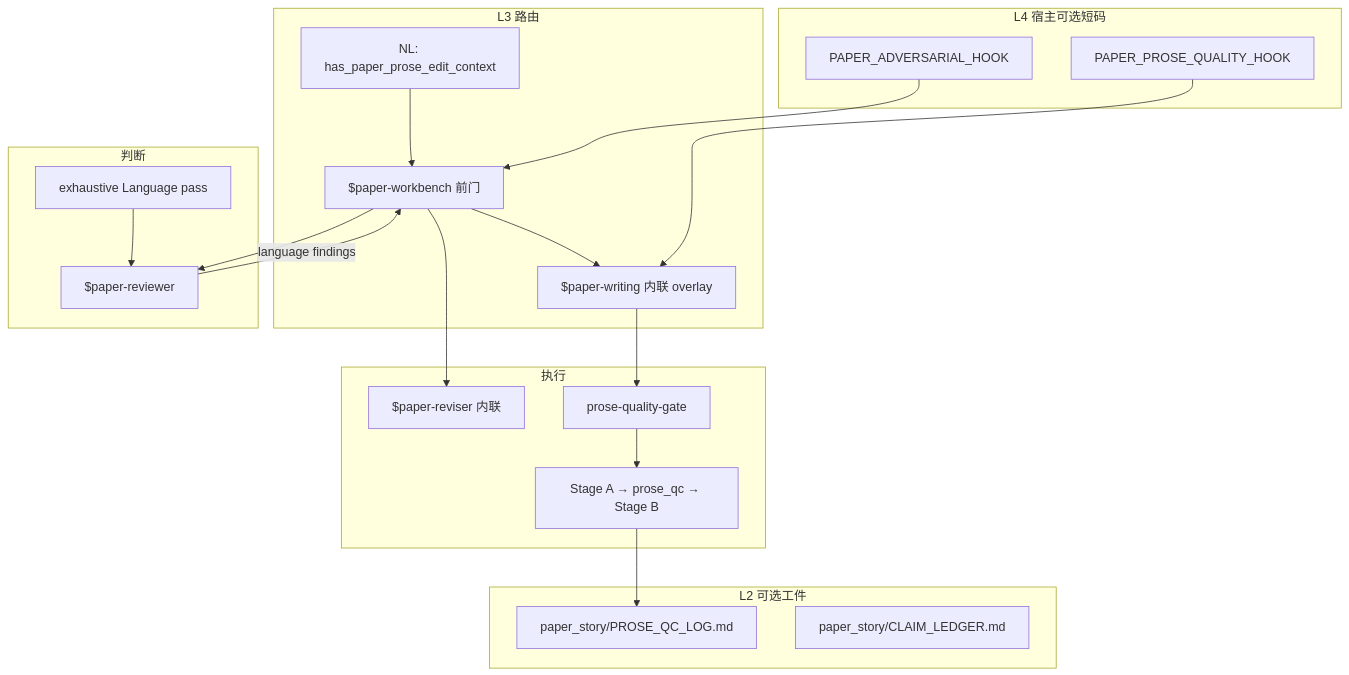
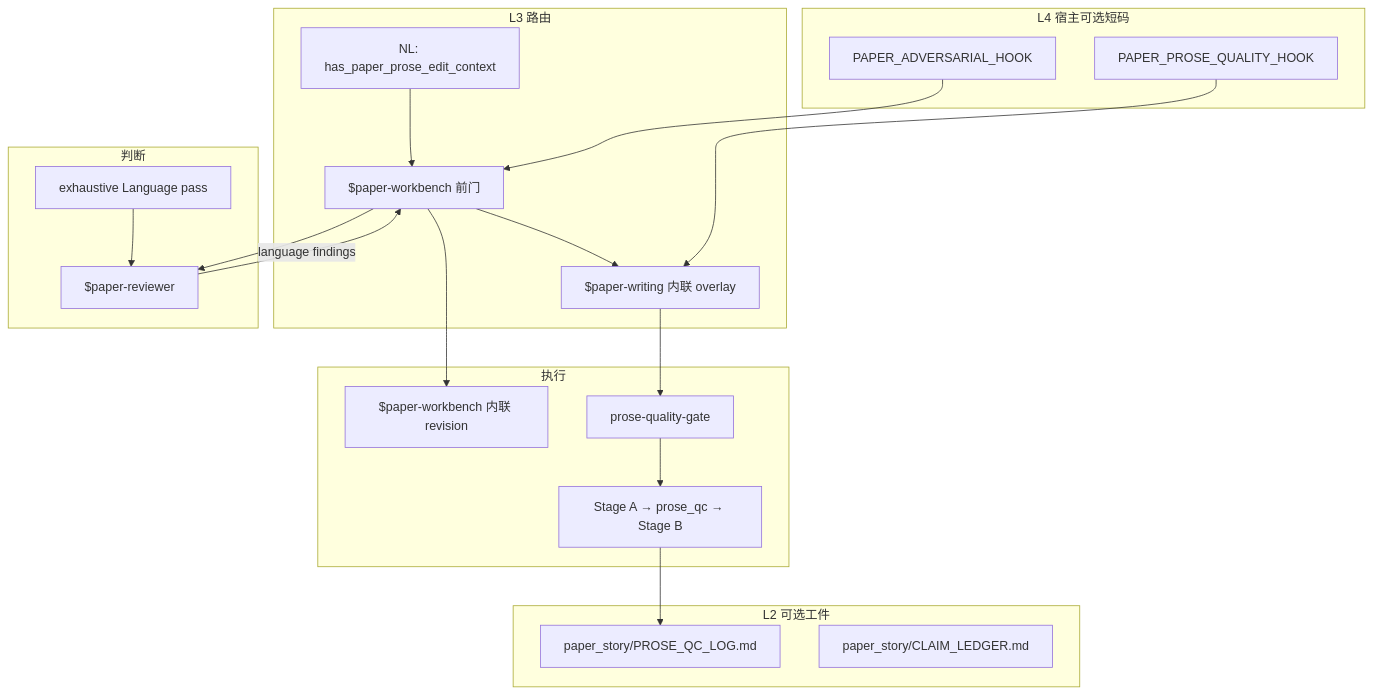
One commit to yizhoupan3-debug/skill changed the diagram in skills/paper-workbench/references/prose-chain-contract.md. Above: the diagram before and after it, drawn with Mermaid. The commit also changed other lines of this file and 58 other files, not shown here.

````diff
--- a/skills/paper-workbench/references/prose-chain-contract.md
+++ b/skills/paper-workbench/references/prose-chain-contract.md
@@ -8,41 +8,41 @@
 ```mermaid
 flowchart TB
   subgraph L4 [L4 宿主可选短码]
     H1[PAPER_ADVERSARIAL_HOOK]
     H2[PAPER_PROSE_QUALITY_HOOK]
   end
 
   subgraph route [L3 路由]
     R[NL: has_paper_prose_edit_context]
     WB["$paper-workbench 前门"]
     PW["$paper-writing 内联 overlay"]
   end
 
   subgraph review [判断]
     PR["$paper-reviewer"]
     EX[exhaustive Language pass]
   end
 
   subgraph write [执行]
-    PV["$paper-reviser 内联"]
+    PV["$paper-workbench 内联 revision"]
     PG[prose-quality-gate]
     OUT[Stage A → prose_qc → Stage B]
   end
 
   subgraph disk [L2 可选工件]
     PQ[paper_story/PROSE_QC_LOG.md]
     CL[paper_story/CLAIM_LEDGER.md]
   end
 
   R --> WB
   WB --> PR
   PR -->|language findings| WB
   WB --> PV
   WB --> PW
   PW --> PG
   PG --> OUT
   OUT --> PQ
   H1 --> WB
   H2 --> PW
   EX --> PR
 ```
````
